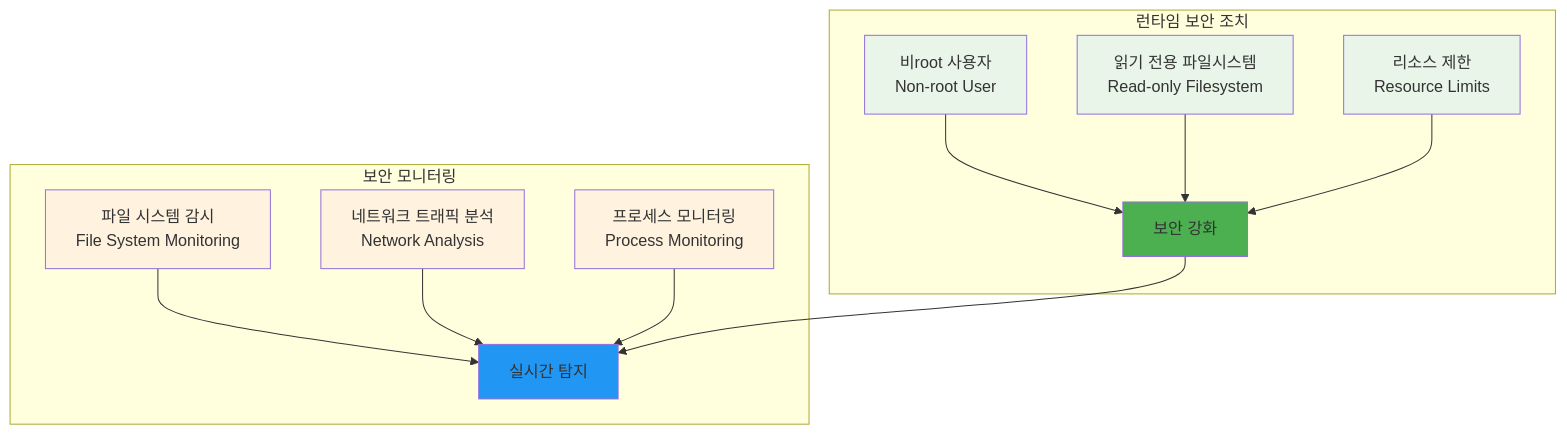
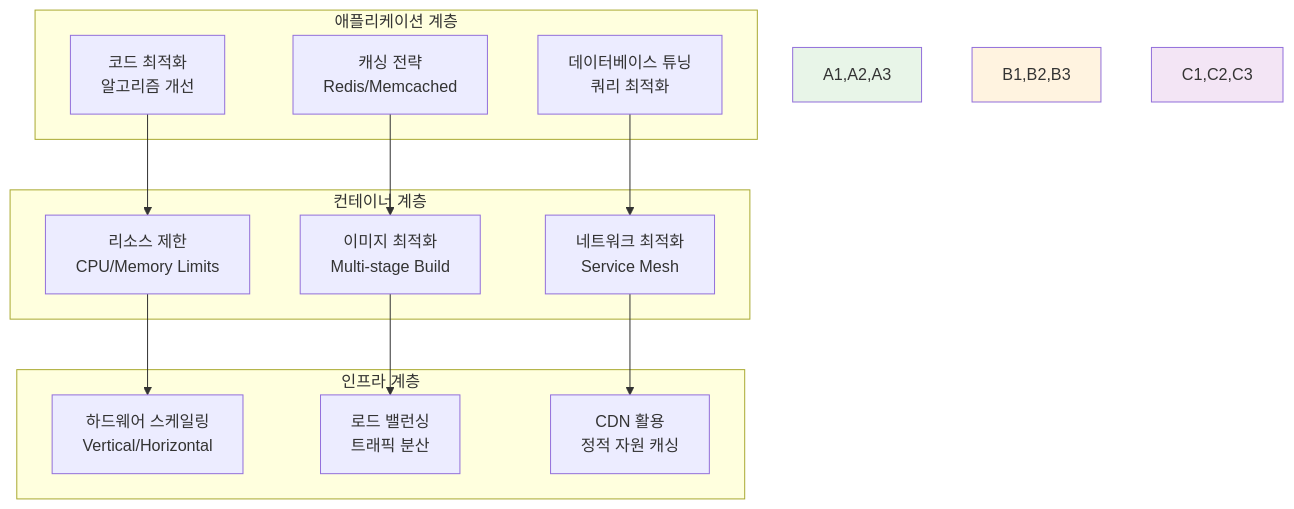
One commit to niceguy61/kdt_devops_lecture_2025 changed the fourth of 4 diagrams in theory/week_02/day3/session_1.md. Above: the diagram before and after it, drawn with Mermaid. The commit also changed other lines of this file and 70 other files, not shown here.

````diff
--- a/theory/week_02/day3/session_1.md
+++ b/theory/week_02/day3/session_1.md
@@ -112,25 +161,28 @@
 ```mermaid
 graph TB
-    subgraph "런타임 보안 조치"
-        A[비root 사용자<br/>Non-root User] --> D[보안 강화]
-        B[읽기 전용 파일시스템<br/>Read-only Filesystem] --> D
-        C[리소스 제한<br/>Resource Limits] --> D
+    subgraph "애플리케이션 계층"
+        A1[코드 최적화<br/>알고리즘 개선]
+        A2[캐싱 전략<br/>Redis/Memcached]
+        A3[데이터베이스 튜닝<br/>쿼리 최적화]
     end
     
-    subgraph "보안 모니터링"
-        E[파일 시스템 감시<br/>File System Monitoring] --> F[실시간 탐지]
-        G[네트워크 트래픽 분석<br/>Network Analysis] --> F
-        H[프로세스 모니터링<br/>Process Monitoring] --> F
+    subgraph "컨테이너 계층"
+        B1[리소스 제한<br/>CPU/Memory Limits]
+        B2[이미지 최적화<br/>Multi-stage Build]
+        B3[네트워크 최적화<br/>Service Mesh]
     end
     
-    D --> F
+    subgraph "인프라 계층"
+        C1[하드웨어 스케일링<br/>Vertical/Horizontal]
+        C2[로드 밸런싱<br/>트래픽 분산]
+        C3[CDN 활용<br/>정적 자원 캐싱]
+    end
     
-    style A fill:#e8f5e8
-    style B fill:#e8f5e8
-    style C fill:#e8f5e8
-    style D fill:#4caf50
-    style E fill:#fff3e0
-    style F fill:#2196f3
-    style G fill:#fff3e0
-    style H fill:#fff3e0
+    A1 --> B1 --> C1
+    A2 --> B2 --> C2
+    A3 --> B3 --> C3
+    
+    style A1,A2,A3 fill:#e8f5e8
+    style B1,B2,B3 fill:#fff3e0
+    style C1,C2,C3 fill:#f3e5f5
 ```
````
